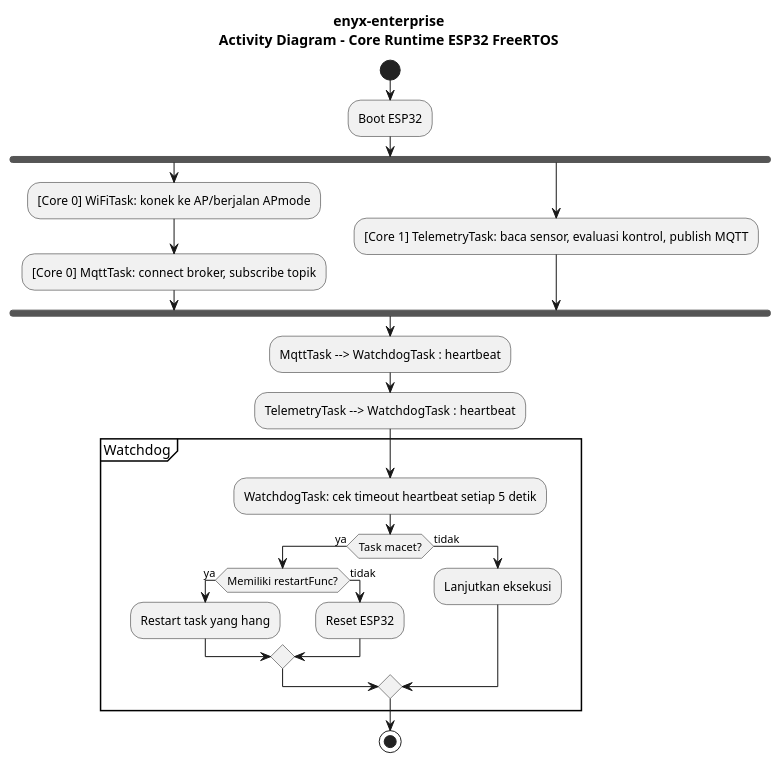
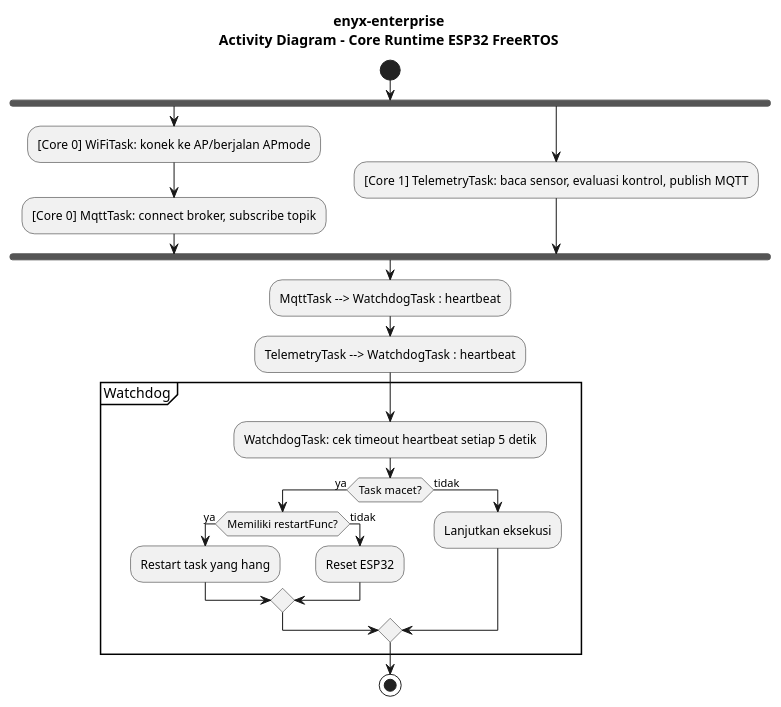
The second of 16 diagrams in docs/UML_arsitektur_sistem.md (Rezen351/enyx-enterprise), drawn with PlantUML before and after one commit. The commit also changed other lines of this file and 26 other files, not shown here.

````diff
--- a/docs/UML_arsitektur_sistem.md
+++ b/docs/UML_arsitektur_sistem.md
@@ -70,37 +59,28 @@
 ```plantuml
 @startuml Core Runtime ESP32 FreeRTOS
 skinparam backgroundColor #FFFFFF
-
 title enyx-enterprise\nActivity Diagram - Core Runtime ESP32 FreeRTOS
-
 start
-
-:Boot ESP32;
-
 fork
   :[Core 0] WiFiTask: konek ke AP/berjalan APmode;
   :[Core 0] MqttTask: connect broker, subscribe topik;
 fork again
   :[Core 1] TelemetryTask: baca sensor, evaluasi kontrol, publish MQTT;
 end fork
-
 :MqttTask --> WatchdogTask : heartbeat;
 :TelemetryTask --> WatchdogTask : heartbeat;
-
 partition Watchdog {
   :WatchdogTask: cek timeout heartbeat setiap 5 detik;
   if (Task macet?) then (ya)
     if (Memiliki restartFunc?) then (ya)
       :Restart task yang hang;
     else (tidak)
       :Reset ESP32;
     endif
   else (tidak)
     :Lanjutkan eksekusi;
   endif
 }
-
 stop
-
 @enduml
 ```
````
